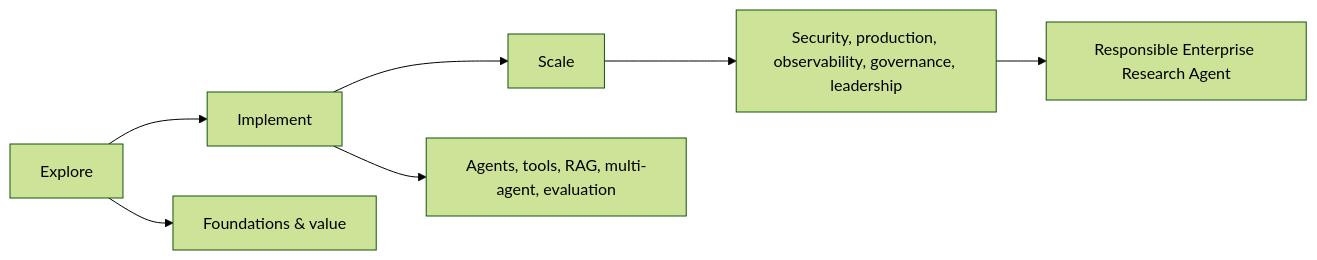
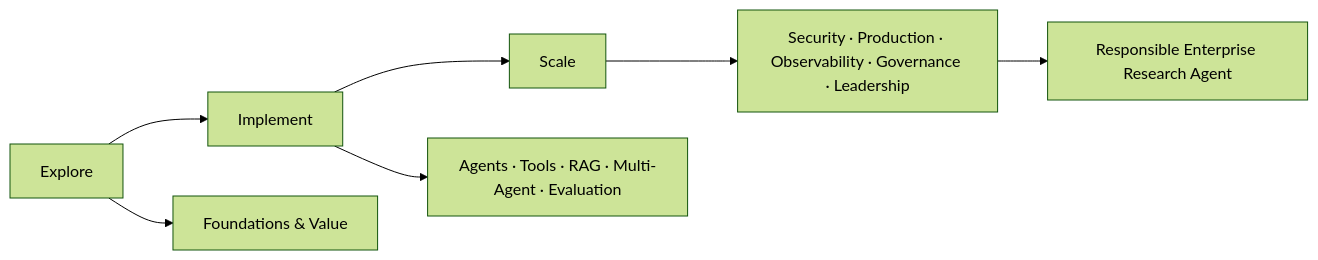
One commit to h00w/agentic-ai changed the first of 2 diagrams in README.md. Above: the diagram before and after it, drawn with Mermaid (forest theme). The commit also changed other lines of this file, not shown here.

````diff
--- a/README.md
+++ b/README.md
@@ -55,9 +64,9 @@
 ```mermaid
 flowchart LR
     A[Explore] --> B[Implement]
     B --> C[Scale]
-    A --> A1[Foundations & value]
-    B --> B1[Agents, tools, RAG, multi-agent, evaluation]
-    C --> C1[Security, production, observability, governance, leadership]
+    A --> A1[Foundations & Value]
+    B --> B1[Agents · Tools · RAG · Multi-Agent · Evaluation]
+    C --> C1[Security · Production · Observability · Governance · Leadership]
     C1 --> D[Responsible Enterprise Research Agent]
 ```
````
